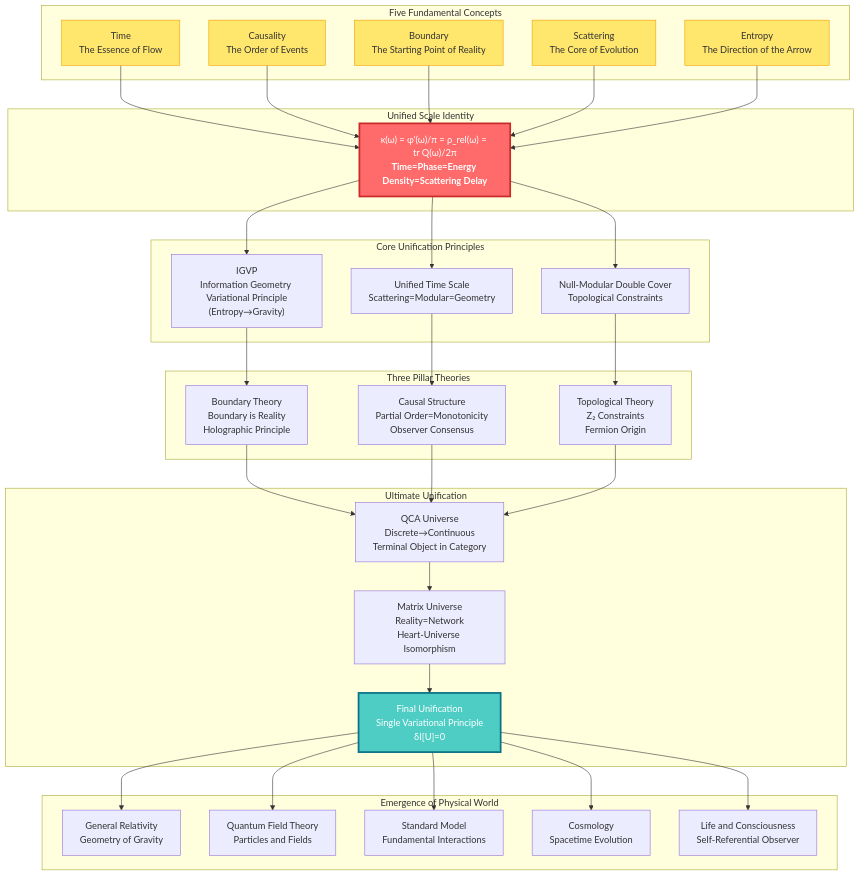
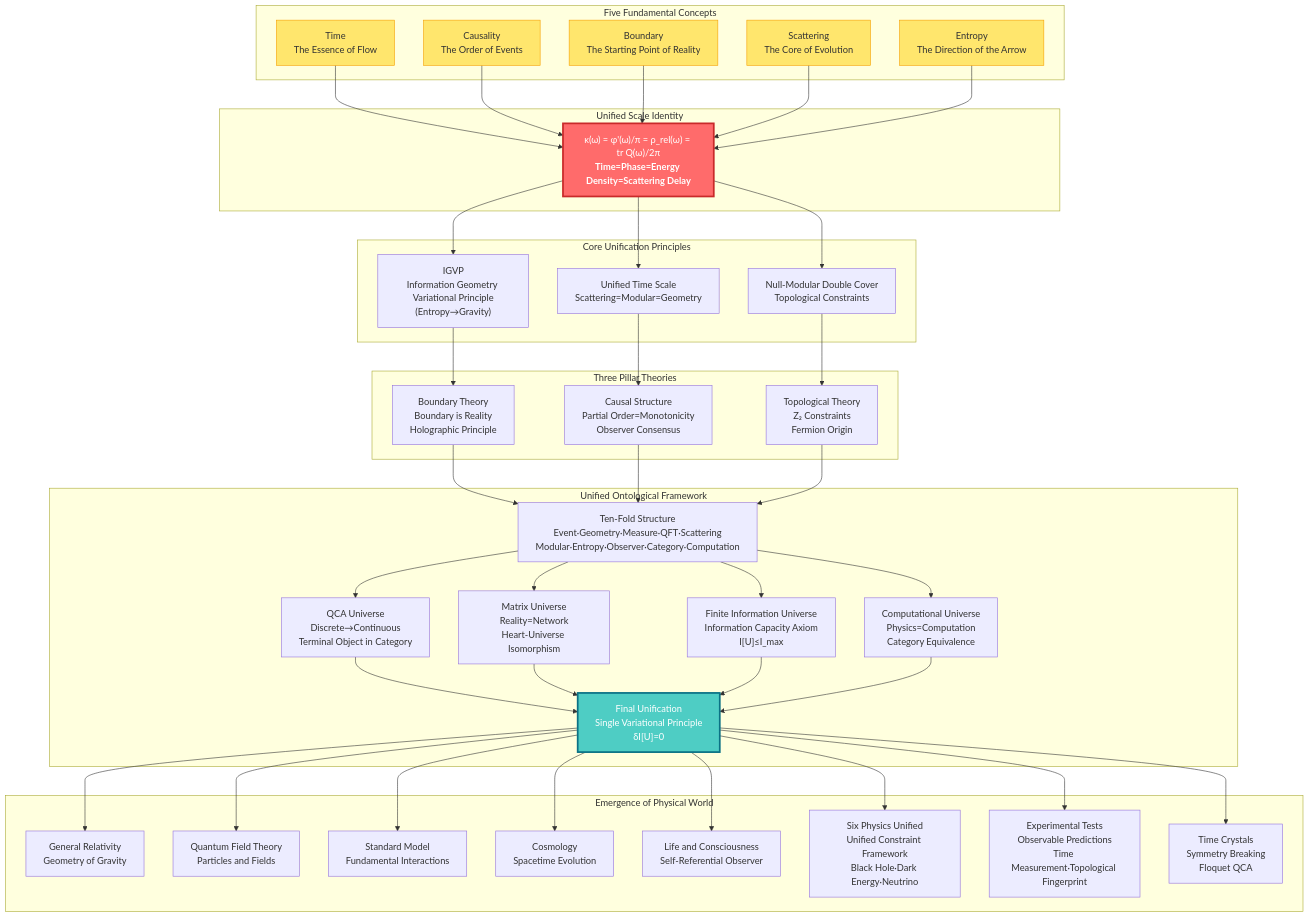
One commit to loning/zeckendorf-hilbert changed the first of 3 diagrams in docs/euler-article/gls-union/index_en.md. Above: the diagram before and after it, drawn with Mermaid. The commit also changed other lines of this file and 1 other file, not shown here.

```diff
--- a/docs/euler-article/gls-union/index_en.md
+++ b/docs/euler-article/gls-union/index_en.md
@@ -51,9 +63,12 @@
         Topo["Topological Theory<br/>Z₂ Constraints<br/>Fermion Origin"]
     end
 
-    subgraph "Ultimate Unification"
+    subgraph "Unified Ontological Framework"
+        TenFold["Ten-Fold Structure<br/>Event·Geometry·Measure·QFT·Scattering<br/>Modular·Entropy·Observer·Category·Computation"]
         QCA["QCA Universe<br/>Discrete→Continuous<br/>Terminal Object in Category"]
         Matrix["Matrix Universe<br/>Reality=Network<br/>Heart-Universe Isomorphism"]
+        FiniteInfo["Finite Information Universe<br/>Information Capacity Axiom<br/>I[U]≤I_max"]
+        CompUni["Computational Universe<br/>Physics=Computation<br/>Category Equivalence"]
         Final["Final Unification<br/>Single Variational Principle<br/>δI[U]=0"]
     end
 
@@ -63,6 +78,9 @@
         SM["Standard Model<br/>Fundamental Interactions"]
         Cosmo["Cosmology<br/>Spacetime Evolution"]
         Life["Life and Consciousness<br/>Self-Referential Observer"]
+        SixPhys["Six Physics Unified<br/>Unified Constraint Framework<br/>Black Hole·Dark Energy·Neutrino"]
+        ExpTest["Experimental Tests<br/>Observable Predictions<br/>Time Measurement·Topological Fingerprint"]
+        TimeCrystal["Time Crystals<br/>Symmetry Breaking<br/>Floquet QCA"]
     end
 
     Time --> Unity
@@ -79,18 +97,27 @@
     TimeScale --> Causal
     NullMod --> Topo
 
-    Boundary --> QCA
-    Causal --> QCA
-    Topo --> QCA
+    Boundary --> TenFold
+    Causal --> TenFold
+    Topo --> TenFold
 
-    QCA --> Matrix
+    TenFold --> QCA
+    TenFold --> Matrix
+    TenFold --> FiniteInfo
+    TenFold --> CompUni
+    QCA --> Final
     Matrix --> Final
+    FiniteInfo --> Final
+    CompUni --> Final
 
     Final --> GR
     Final --> QFT
     Final --> SM
     Final --> Cosmo
     Final --> Life
+    Final --> SixPhys
+    Final --> ExpTest
+    Final --> TimeCrystal
 
     style Unity fill:#ff6b6b,stroke:#c92a2a,stroke-width:3px,color:#fff
     style Final fill:#4ecdc4,stroke:#0b7285,stroke-width:3px,color:#fff
```
